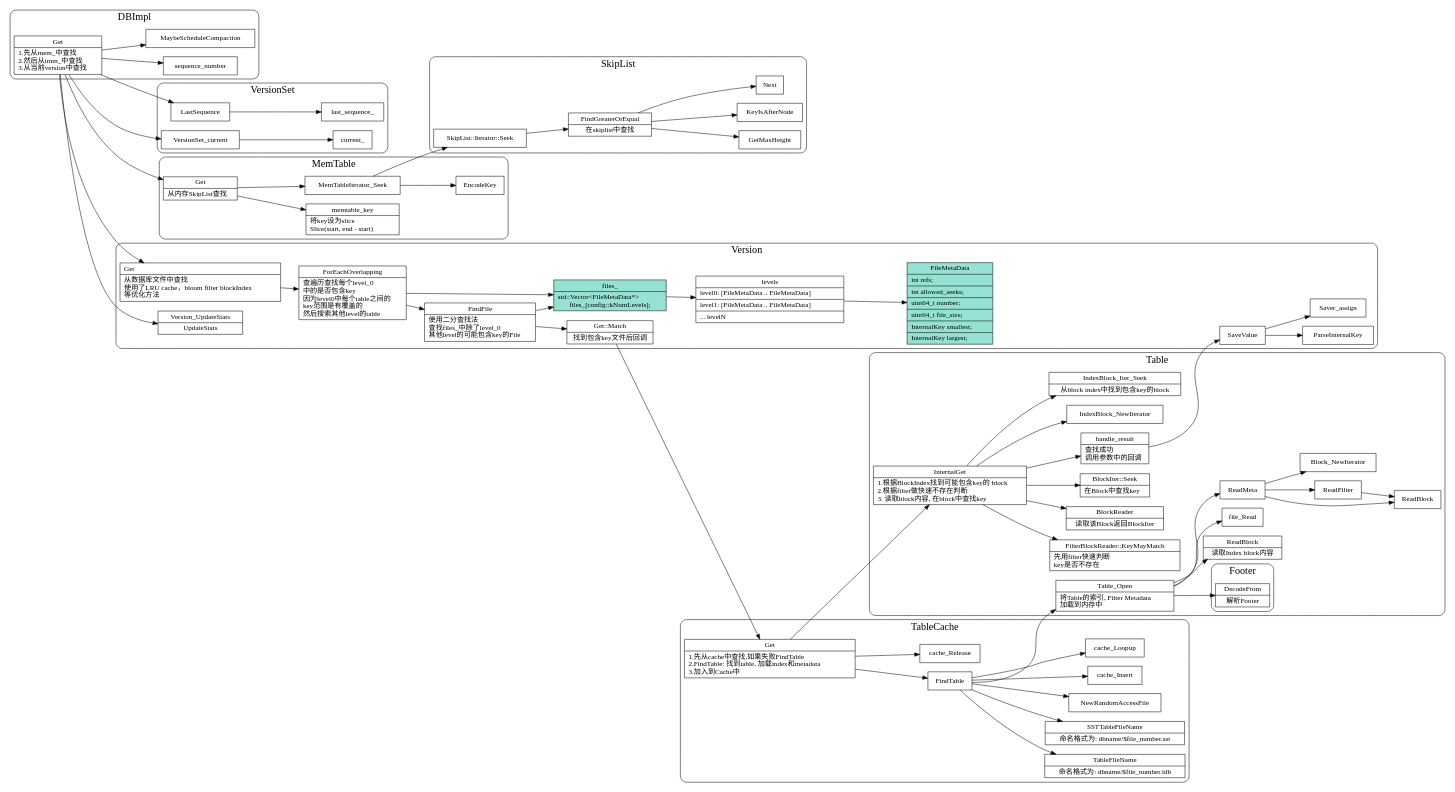
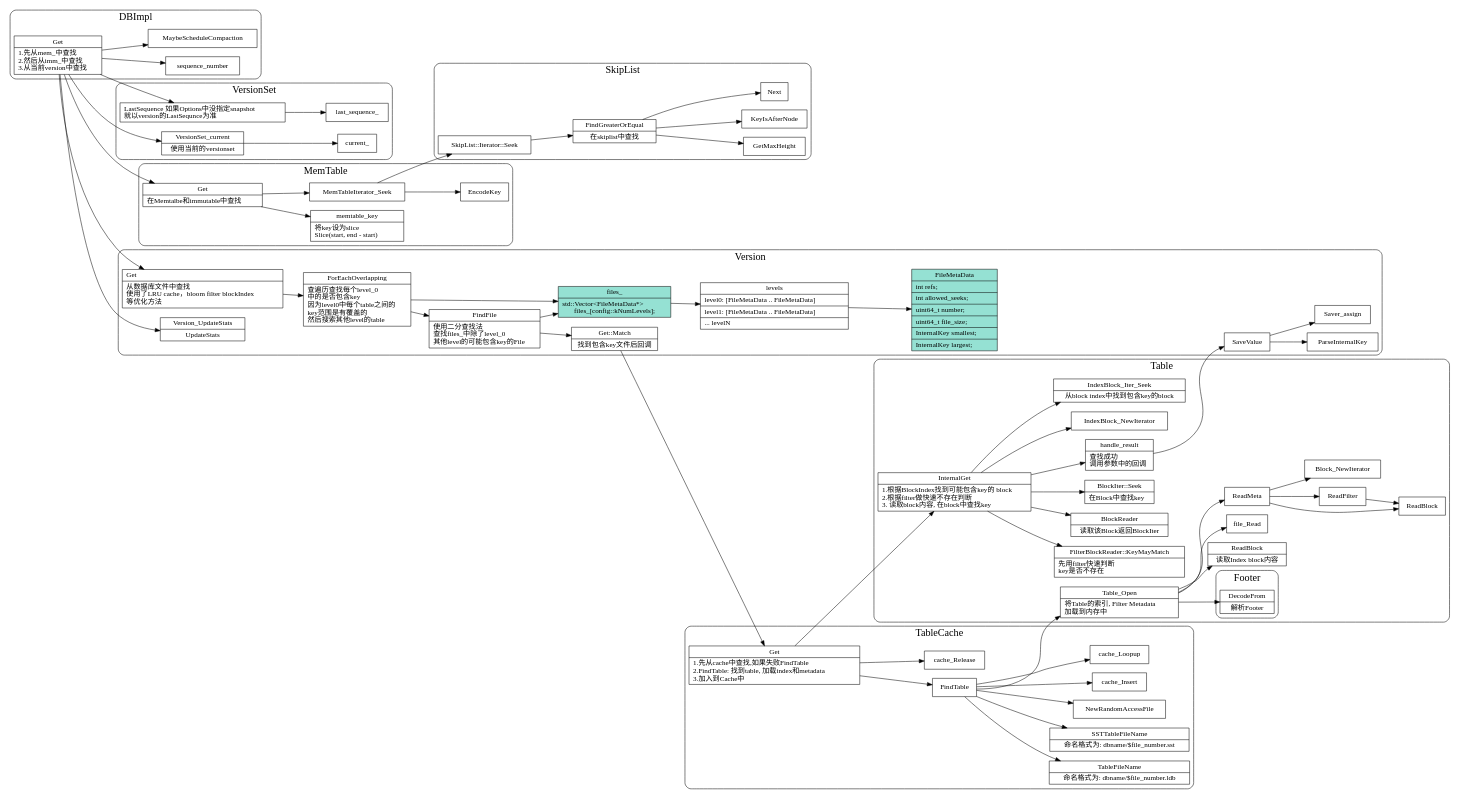
The diagram in src/leveldb/db-get.dot (xieyu/blog), drawn with Graphviz before and after one commit. The commit also changed 18 other files, not shown here.

```diff
--- a/src/leveldb/db-get.dot
+++ b/src/leveldb/db-get.dot
@@ -8,6 +8,15 @@
       shape="record";
       label="{{
         LastSequence
+        如果Options中没指定snapshot\l 
+        就以version的LastSequnce为准\l
+      }}";
+    ];
+    VersionSet_current[
+      shape="record";
+      label="{{
+        VersionSet_current|
+        使用当前的versionset
       }}";
     ];
     VersionSet_LastSequence -> last_sequence_;
@@ -47,7 +56,7 @@
       shape="record";
       label="{{
         Get|
-        从内存SkipList查找\l
+        在Memtalbe和immutable中查找\l
       }}";
     ];
     memtable_key[
```
